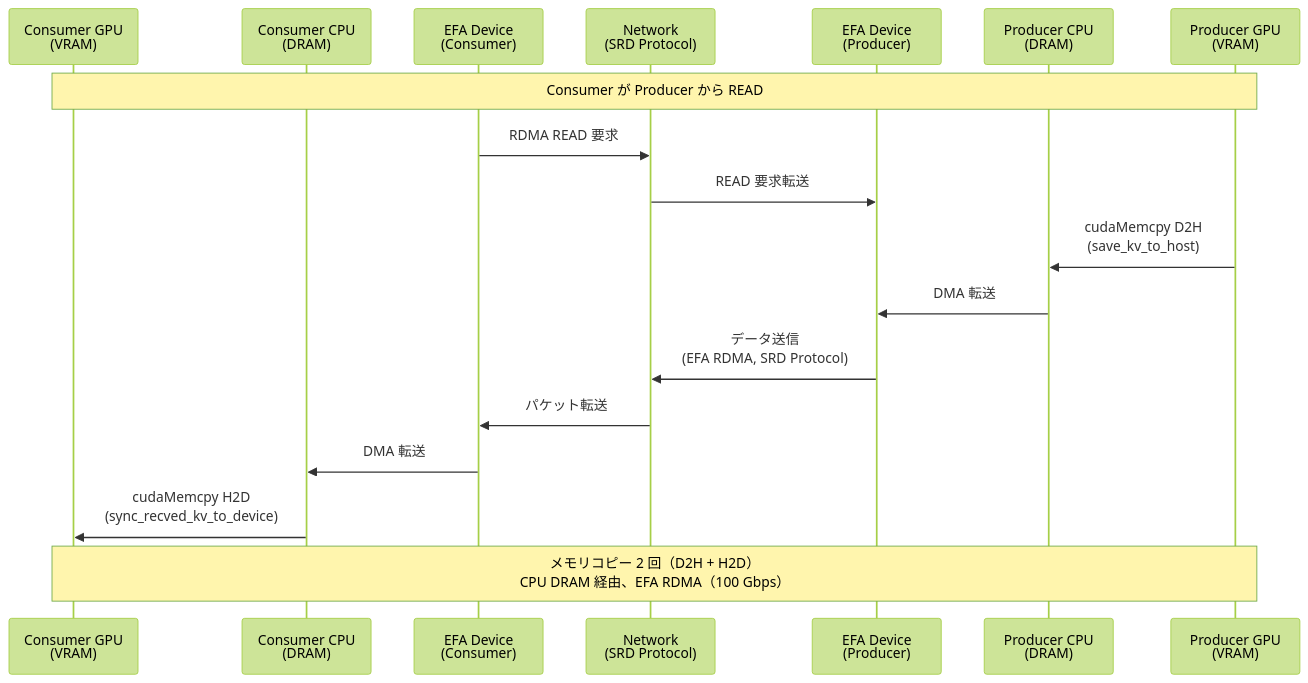
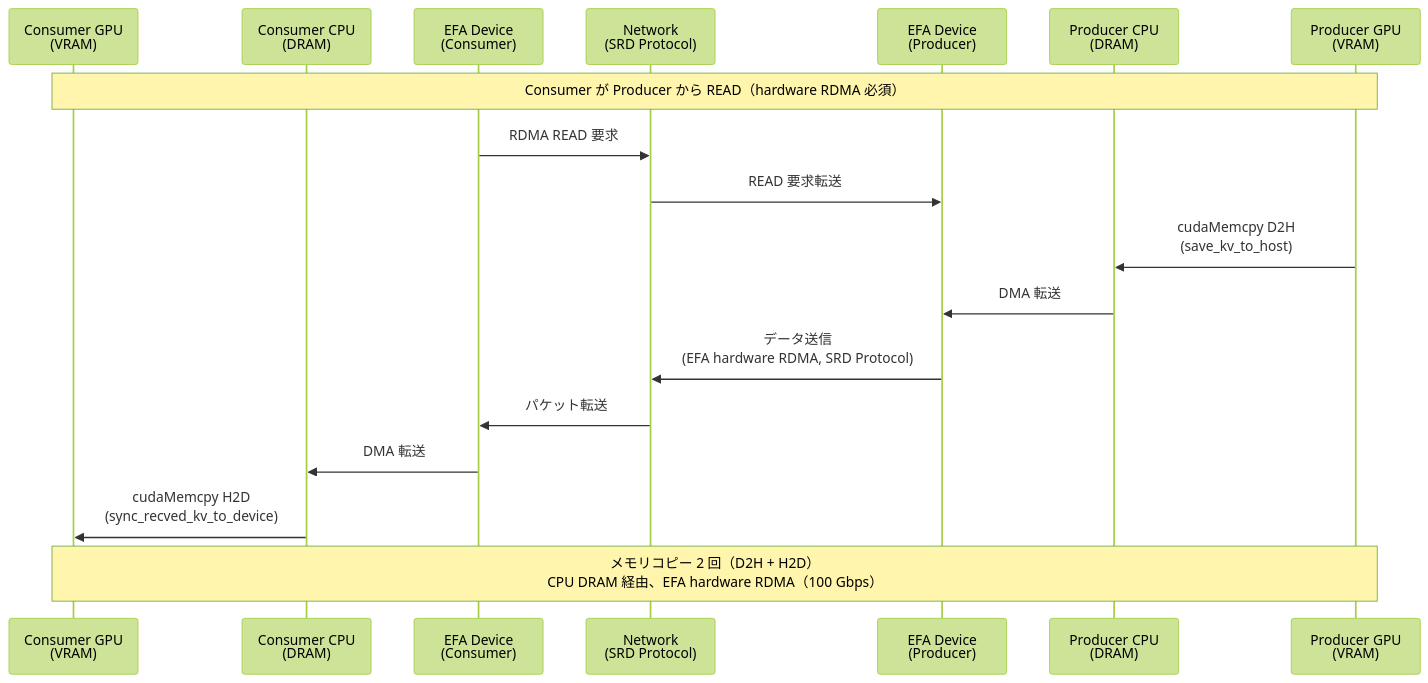
One commit to littlemex/zenn changed the fourth of 20 diagrams in articles/3dd524130320d3.md. Above: the diagram before and after it, drawn with Mermaid (forest theme). The commit also changed other lines of this file and 1 other file, not shown here.

````diff
--- a/articles/3dd524130320d3.md
+++ b/articles/3dd524130320d3.md
@@ -168,20 +189,20 @@
 ```mermaid
 sequenceDiagram
     participant Consumer_GPU as Consumer GPU<br/>(VRAM)
     participant Consumer_CPU as Consumer CPU<br/>(DRAM)
     participant EFA_C as EFA Device<br/>(Consumer)
     participant Network as Network<br/>(SRD Protocol)
     participant EFA_P as EFA Device<br/>(Producer)
     participant Producer_CPU as Producer CPU<br/>(DRAM)
     participant Producer_GPU as Producer GPU<br/>(VRAM)
-    Note over Consumer_GPU,Producer_GPU: Consumer が Producer から READ
+    Note over Consumer_GPU,Producer_GPU: Consumer が Producer から READ（hardware RDMA 必須）
     EFA_C->>Network: RDMA READ 要求
     Network->>EFA_P: READ 要求転送
     Producer_GPU->>Producer_CPU: cudaMemcpy D2H<br/>(save_kv_to_host)
     Producer_CPU->>EFA_P: DMA 転送
-    EFA_P->>Network: データ送信<br/>(EFA RDMA, SRD Protocol)
+    EFA_P->>Network: データ送信<br/>(EFA hardware RDMA, SRD Protocol)
     Network->>EFA_C: パケット転送
     EFA_C->>Consumer_CPU: DMA 転送
     Consumer_CPU->>Consumer_GPU: cudaMemcpy H2D<br/>(sync_recved_kv_to_device)
-    Note over Consumer_GPU,Producer_GPU: メモリコピー 2 回（D2H + H2D）<br/>CPU DRAM 経由、EFA RDMA（100 Gbps）
+    Note over Consumer_GPU,Producer_GPU: メモリコピー 2 回（D2H + H2D）<br/>CPU DRAM 経由、EFA hardware RDMA（100 Gbps）
 ```
````
